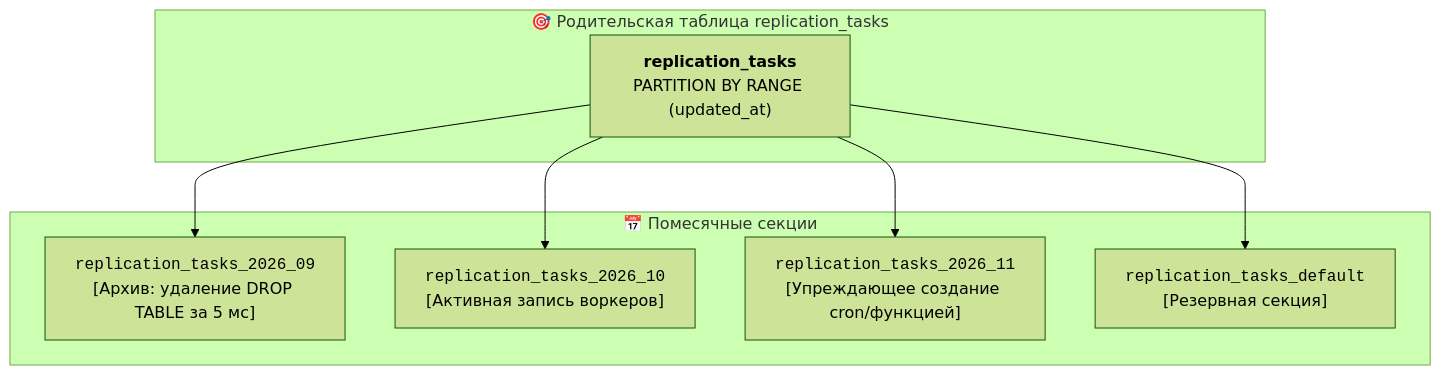
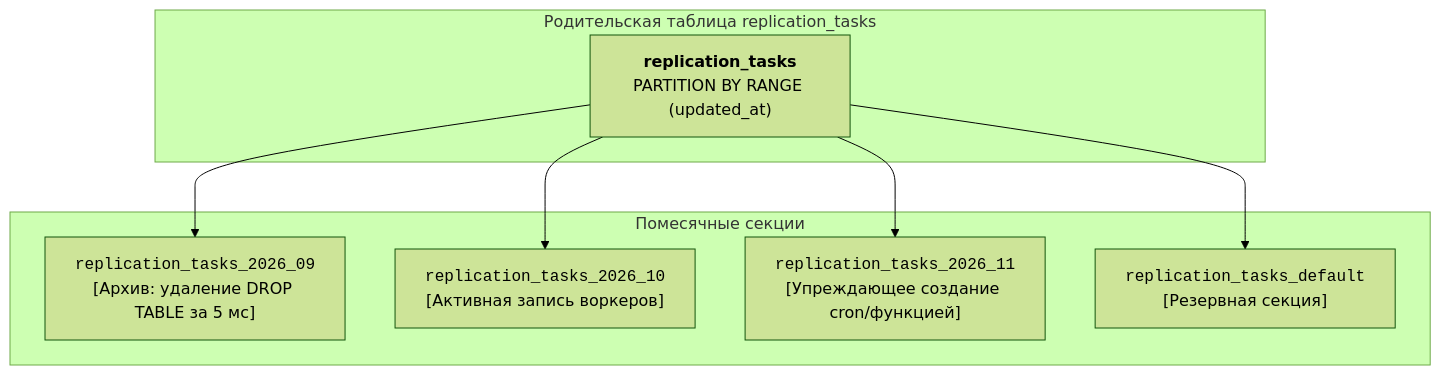
One commit to balookrd/hadoop-explorer changed the third of 7 diagrams in docs/replicator-admin-guide.md. Above: the diagram before and after it, drawn with Mermaid (forest theme). The commit also changed other lines of this file and 48 other files, not shown here.

````diff
--- a/docs/replicator-admin-guide.md
+++ b/docs/replicator-admin-guide.md
@@ -432,18 +431,18 @@
 ```mermaid
 flowchart TD
-    subgraph Master ["🎯 Родительская таблица replication_tasks"]
+    subgraph Master ["Родительская таблица replication_tasks"]
         Tasks["<b>replication_tasks</b><br/>PARTITION BY RANGE (updated_at)"]
     end
 
-    subgraph Partitions ["📅 Помесячные секции"]
+    subgraph Partitions ["Помесячные секции"]
         PPrev["<code>replication_tasks_2026_09</code><br/>[Архив: удаление DROP TABLE за 5 мс]"]
         PCurr["<code>replication_tasks_2026_10</code><br/>[Активная запись воркеров]"]
         PNext["<code>replication_tasks_2026_11</code><br/>[Упреждающее создание cron/функцией]"]
         PDef["<code>replication_tasks_default</code><br/>[Резервная секция]"]
     end
 
     Tasks --> PPrev
     Tasks --> PCurr
     Tasks --> PNext
     Tasks --> PDef
 ```
````
